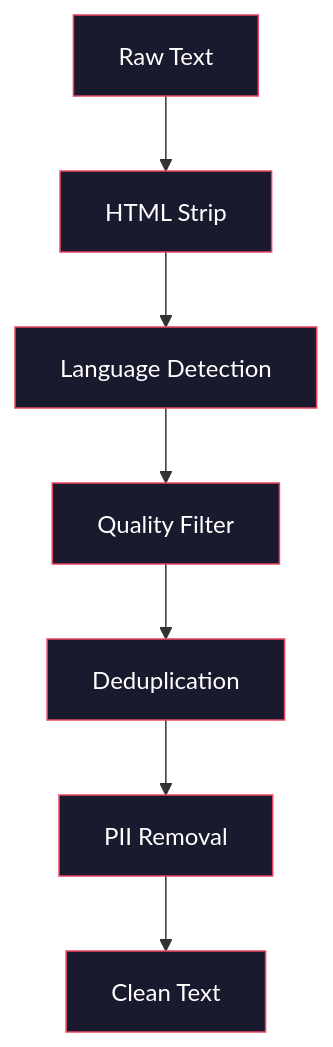
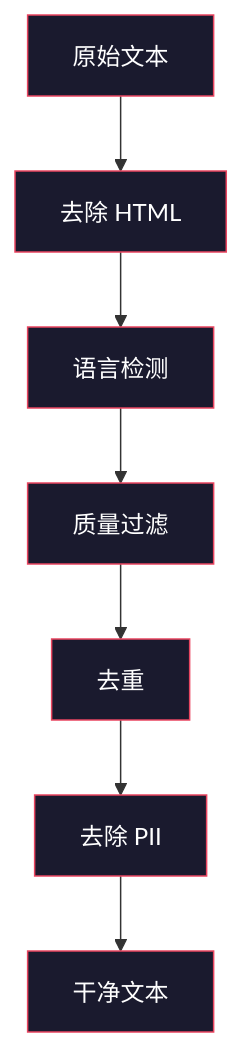
The first of 3 diagrams in phases/10-llms-from-scratch/03-data-pipelines/docs/zh.md (JerryC8080/ai-engineering-from-scratch-zh), drawn with Mermaid before and after one commit. The commit also changed other lines of this file and 156 other files, not shown here.

First line of the commit message:
i18n(zh): translate mermaid diagram labels in 157 lesson zh.md

````diff
--- a/phases/10-llms-from-scratch/03-data-pipelines/docs/zh.md
+++ b/phases/10-llms-from-scratch/03-data-pipelines/docs/zh.md
@@ -65,17 +65,17 @@
 ```mermaid
 graph TD
-    A[Raw Text] --> B[HTML Strip]
-    B --> C[Language Detection]
-    C --> D[Quality Filter]
-    D --> E[Deduplication]
-    E --> F[PII Removal]
-    F --> G[Clean Text]
+    A[原始文本] --> B[去除 HTML]
+    B --> C[语言检测]
+    C --> D[质量过滤]
+    D --> E[去重]
+    E --> F[去除 PII]
+    F --> G[干净文本]
 
     style A fill:#1a1a2e,stroke:#e94560,color:#fff
     style B fill:#1a1a2e,stroke:#e94560,color:#fff
     style C fill:#1a1a2e,stroke:#e94560,color:#fff
     style D fill:#1a1a2e,stroke:#e94560,color:#fff
     style E fill:#1a1a2e,stroke:#e94560,color:#fff
     style F fill:#1a1a2e,stroke:#e94560,color:#fff
     style G fill:#1a1a2e,stroke:#e94560,color:#fff
 ```
````
